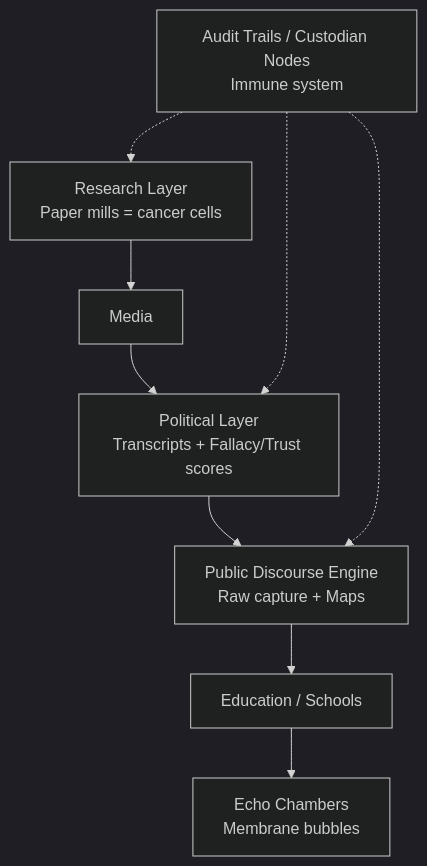
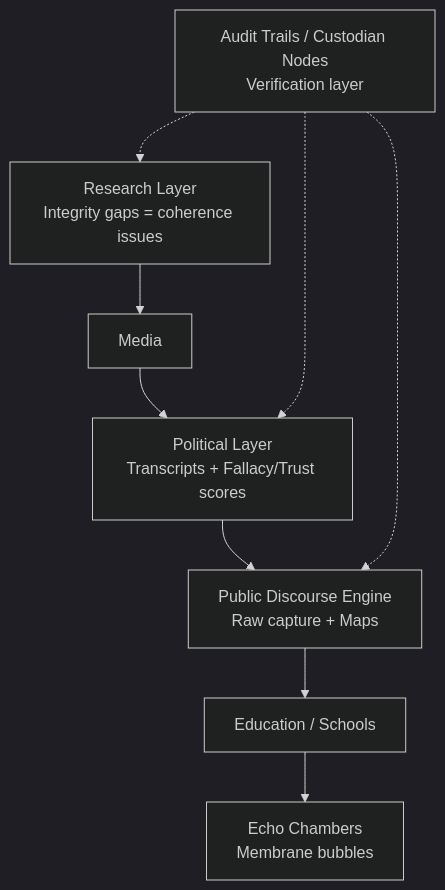
One commit to Heilar-com/custodian changed the diagram in docs/slide-deck-outline.md. Above: the diagram before and after it, drawn with Mermaid (dark theme). The commit also changed other lines of this file and 1 other file, not shown here.

````diff
--- a/docs/slide-deck-outline.md
+++ b/docs/slide-deck-outline.md
@@ -56,11 +58,11 @@
 ```mermaid
 graph TD
-  Research[Research Layer<br/>Paper mills = cancer cells] --> Media[Media]
+  Research[Research Layer<br/>Integrity gaps = coherence issues] --> Media[Media]
   Media --> Politics[Political Layer<br/>Transcripts + Fallacy/Trust scores]
   Politics --> Discourse[Public Discourse Engine<br/>Raw capture + Maps]
   Discourse --> Education[Education / Schools]
   Education --> Echo[Echo Chambers<br/>Membrane bubbles]
-  Audit[Audit Trails / Custodian Nodes<br/>Immune system] -.-> Research
+  Audit[Audit Trails / Custodian Nodes<br/>Verification layer] -.-> Research
   Audit -.-> Politics
   Audit -.-> Discourse
 ```
````
